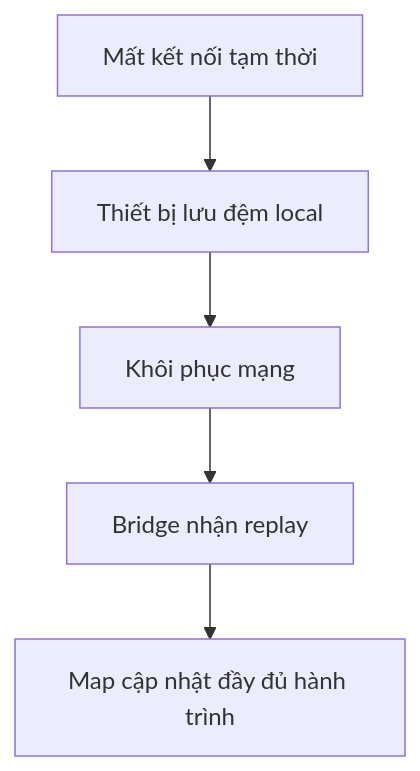
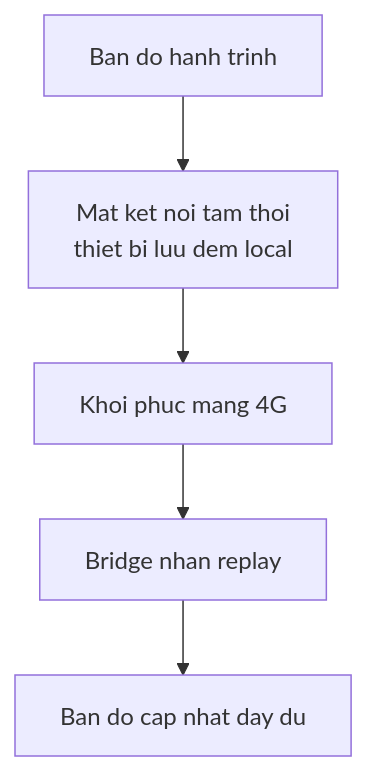
Before and after one commit to anmh1205/IoT_Vehicle_Tracking_System: the diagram in resources/reports/thesis/final/assets/uml/10-chuong-4-ket-qua-do-luong-hinh-4-37.mmd, drawn with Mermaid. The commit also changed 705 other files, not shown here.

```diff
--- a/resources/reports/thesis/final/assets/uml/10-chuong-4-ket-qua-do-luong-hinh-4-37.mmd
+++ b/resources/reports/thesis/final/assets/uml/10-chuong-4-ket-qua-do-luong-hinh-4-37.mmd
@@ -1,5 +1,8 @@
 flowchart TB
-    Loss["Mất kết nối tạm thời"] --> Buffer["Thiết bị lưu đệm local"]
-    Buffer --> Recover["Khôi phục mạng"]
-    Recover --> Replay["Bridge nhận replay"]
-    Replay --> Map["Map cập nhật đầy đủ hành trình"]
+    Before["Ban do hanh trinh"]
+    Outage["Mat ket noi tam thoi<br/>thiet bi luu dem local"]
+    Recover["Khoi phuc mang 4G"]
+    Replay["Bridge nhan replay"]
+    Sync["Ban do cap nhat day du"]
+
+    Before --> Outage --> Recover --> Replay --> Sync
```
